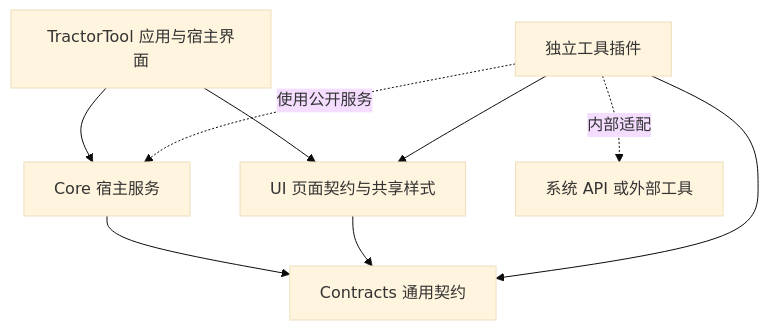
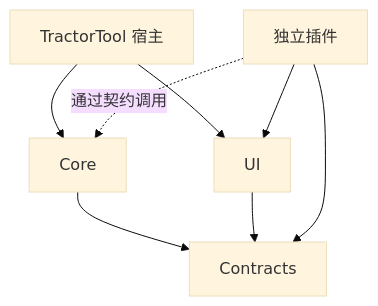
Before and after one commit to AfterDuang/TractorTool: the diagram in Docs/ARCHITECTURE.md, drawn with Mermaid (base theme). The commit also changed other lines of this file and 4 other files, not shown here.

Commit message:
docs: focus architecture on framework ownership and failure boundaries

````diff
--- a/Docs/ARCHITECTURE.md
+++ b/Docs/ARCHITECTURE.md
@@ -26,11 +20,10 @@
 ```mermaid
 flowchart TD
-    App[TractorTool 应用与宿主界面] --> Core[Core 宿主服务]
-    App --> UI[UI 页面契约与共享样式]
-    Core --> Contracts[Contracts 通用契约]
+    App[TractorTool 宿主] --> Core
+    App --> UI
+    Core --> Contracts
     UI --> Contracts
-    Plugin[独立工具插件] --> UI
+    Plugin[独立插件] --> UI
     Plugin --> Contracts
-    Plugin -. 使用公开服务 .-> Core
-    Plugin -. 内部适配 .-> Platform[系统 API 或外部工具]
+    Plugin -. 通过契约调用 .-> Core
 ```
````
